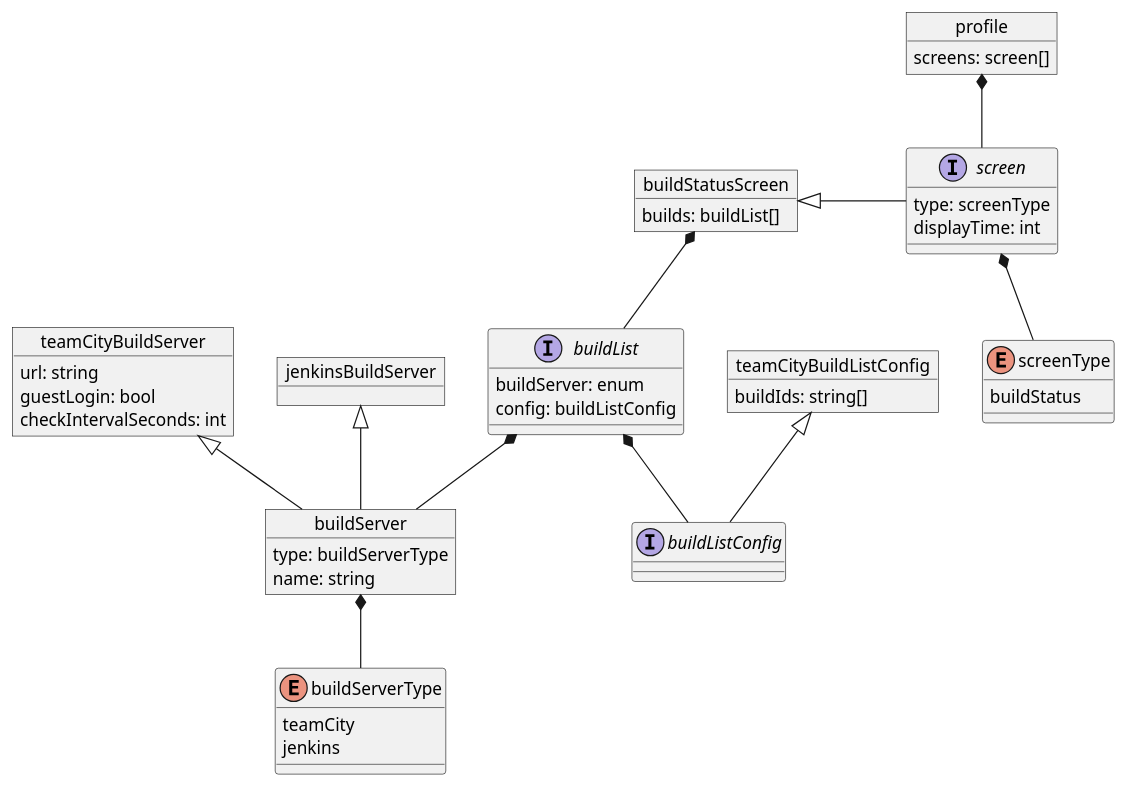
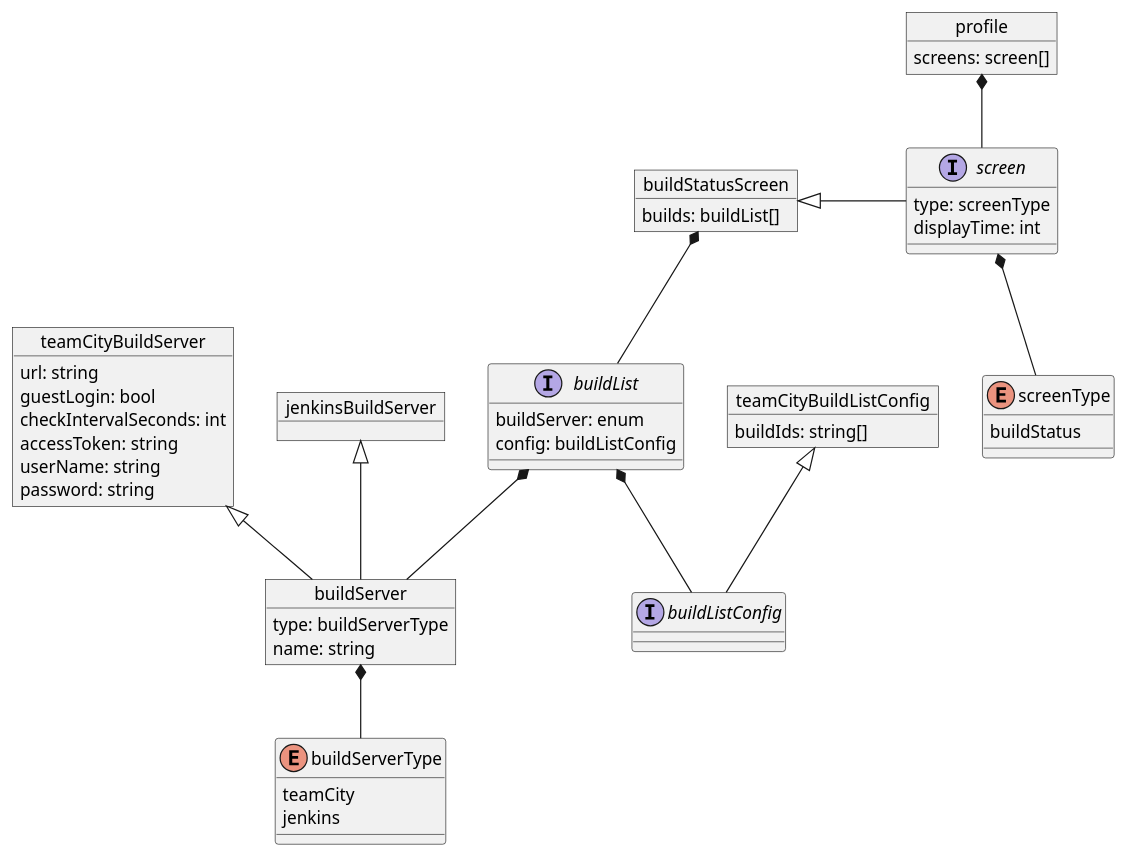
The diagram in .diagrams/Configuartion.puml (vadimart92/build-monitor), drawn with PlantUML before and after one commit. The commit also changed 59 other files, not shown here.

```diff
--- a/.diagrams/Configuartion.puml
+++ b/.diagrams/Configuartion.puml
@@ -1,52 +1,55 @@
 @startuml
 enum buildServerType {
     teamCity
     jenkins
 }
 object buildServer {
     type: buildServerType
     name: string
 }
 buildServer *-- buildServerType
 object teamCityBuildServer {
     url: string
     guestLogin: bool
     checkIntervalSeconds: int
+    accessToken: string
+    userName: string
+    password: string
 }
 teamCityBuildServer <|-- buildServer
 object jenkinsBuildServer
 jenkinsBuildServer <|-- buildServer
 
 interface buildListConfig
 
 interface buildList {
     buildServer: enum
     config: buildListConfig
 }
 buildList *-- buildListConfig
 buildList *-- buildServer
 
 object teamCityBuildListConfig {
     buildIds: string[]
 }
 teamCityBuildListConfig <|-- buildListConfig
 
 enum screenType {
     buildStatus
 }
 
 interface screen {
     type: screenType
     displayTime: int
 }
 screen *-- screenType
 object buildStatusScreen {
     builds: buildList[]
 }
 buildStatusScreen *-- buildList
 buildStatusScreen <|- screen
 object profile {
     screens: screen[]
 }
 profile *-- screen
 @enduml
```
